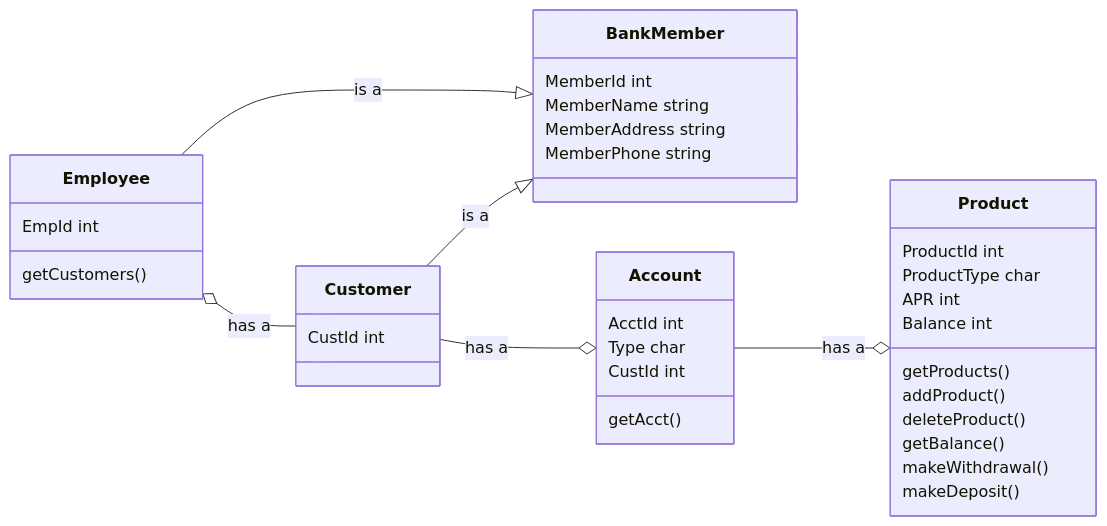
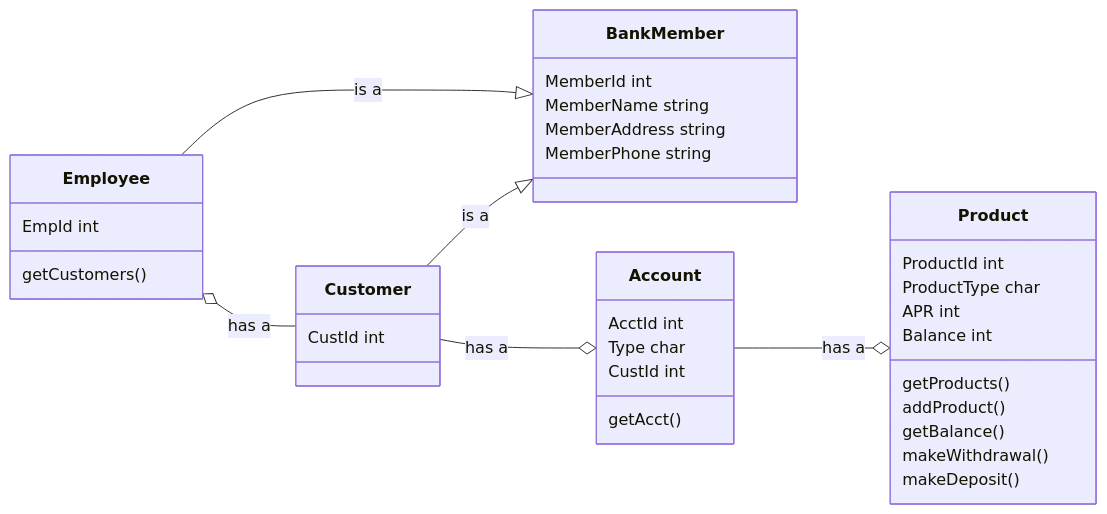
One commit to Marcus-Snell/Test changed the diagram in mermaid.md. Above: the diagram before and after it, drawn with Mermaid.

````diff
--- a/mermaid.md
+++ b/mermaid.md
@@ -1,38 +1,37 @@
 ```mermaid
 classDiagram
 direction LR
 BankMember
 BankMember : MemberId int
 BankMember : MemberName string
 BankMember : MemberAddress string
 BankMember : MemberPhone string
 
 
 Employee --|> BankMember : is a
 Employee o-- Customer : has a
 Employee : EmpId int
 Employee : getCustomers()
 
 Customer --|> BankMember : is a
 Customer --o Account : has a
 Customer : CustId int
 
 Account --o Product : has a
 Account : AcctId int
 Account : Type char
 Account : CustId int
 Account : getAcct()
 
 
 Product : ProductId int
 Product : ProductType char
 Product : APR int
 Product : Balance int
 Product : getProducts()
 Product : addProduct()
-Product : deleteProduct()
 Product : getBalance()
 Product : makeWithdrawal()
 Product : makeDeposit()
 
 ```
````
